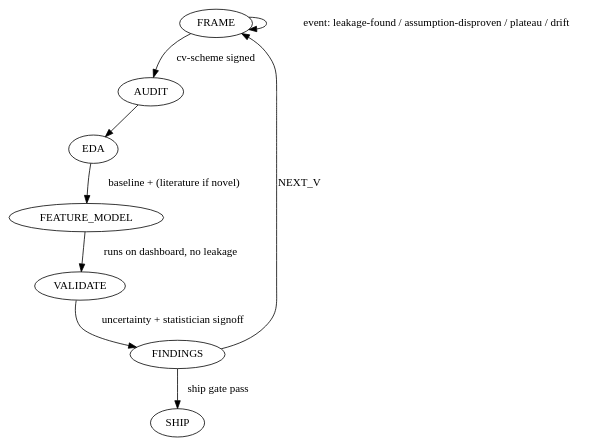
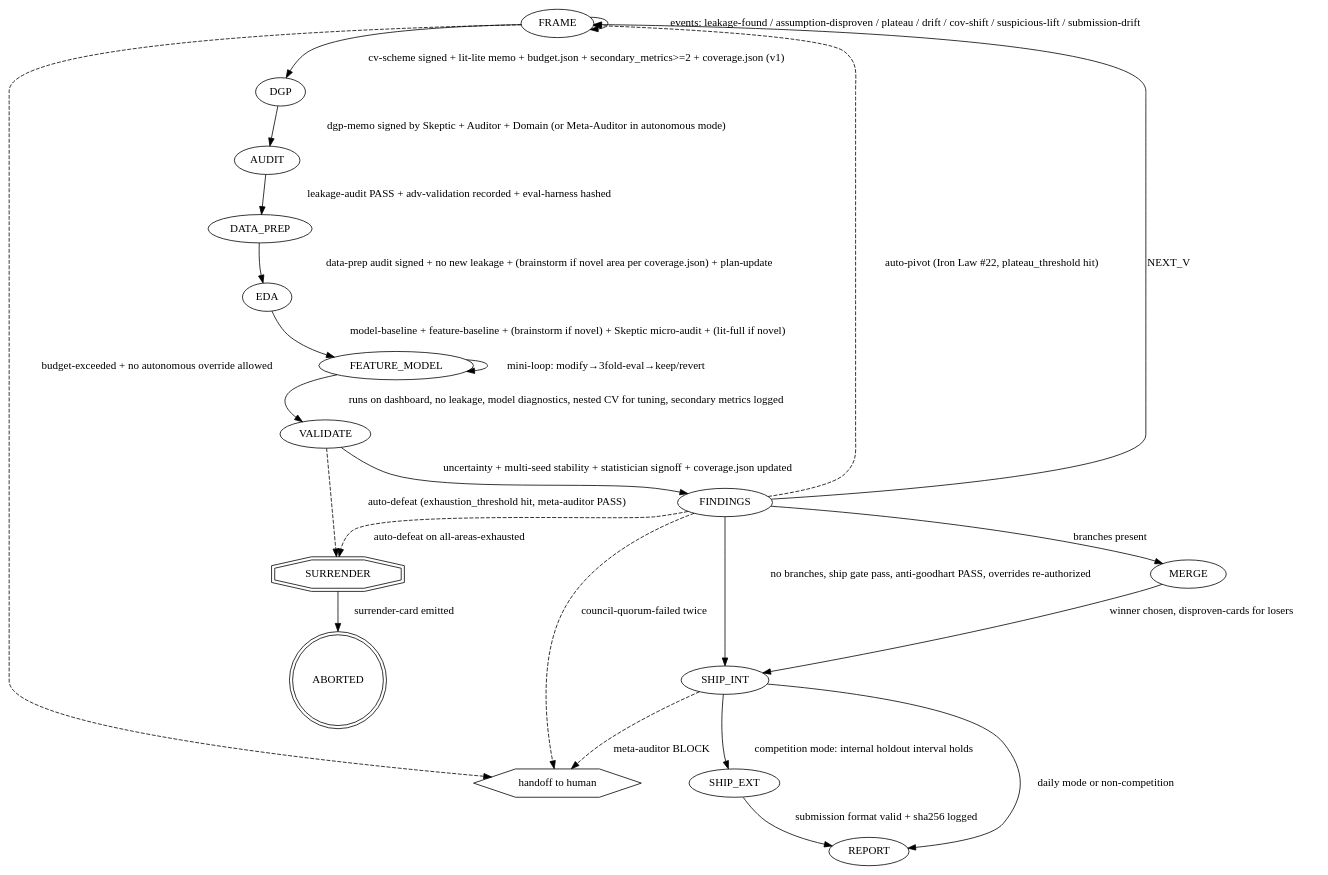
Before and after one commit to Zehaoyu217/DS-SKILL: the diagram in loop-state-machine.md, drawn with Graphviz. The commit also changed other lines of this file and 93 other files, not shown here.

````diff
--- a/loop-state-machine.md
+++ b/loop-state-machine.md
@@ -47,12 +104,35 @@
 ```dot
 digraph loop {
-  FRAME -> AUDIT [label="cv-scheme signed"];
-  AUDIT -> EDA;
-  EDA -> FEATURE_MODEL [label="baseline + (literature if novel)"];
-  FEATURE_MODEL -> VALIDATE [label="runs on dashboard, no leakage"];
-  VALIDATE -> FINDINGS [label="uncertainty + statistician signoff"];
-  FINDINGS -> SHIP [label="ship gate pass"];
+  FRAME -> DGP [label="cv-scheme signed + lit-lite memo + budget.json + secondary_metrics>=2 + coverage.json (v1)"];
+  DGP -> AUDIT [label="dgp-memo signed by Skeptic + Auditor + Domain (or Meta-Auditor in autonomous mode)"];
+  AUDIT -> DATA_PREP [label="leakage-audit PASS + adv-validation recorded + eval-harness hashed"];
+  DATA_PREP -> EDA [label="data-prep audit signed + no new leakage + (brainstorm if novel area per coverage.json) + plan-update"];
+  EDA -> FEATURE_MODEL [label="model-baseline + feature-baseline + (brainstorm if novel) + Skeptic micro-audit + (lit-full if novel)"];
+  FEATURE_MODEL -> FEATURE_MODEL [label="mini-loop: modify→3fold-eval→keep/revert"];
+  FEATURE_MODEL -> VALIDATE [label="runs on dashboard, no leakage, model diagnostics, nested CV for tuning, secondary metrics logged"];
+  VALIDATE -> FINDINGS [label="uncertainty + multi-seed stability + statistician signoff + coverage.json updated"];
+  FINDINGS -> MERGE [label="branches present"];
+  FINDINGS -> SHIP_INT [label="no branches, ship gate pass, anti-goodhart PASS, overrides re-authorized"];
+  MERGE -> SHIP_INT [label="winner chosen, disproven-cards for losers"];
+  SHIP_INT -> SHIP_EXT [label="competition mode: internal holdout interval holds"];
+  SHIP_INT -> REPORT [label="daily mode or non-competition"];
+  SHIP_EXT -> REPORT [label="submission format valid + sha256 logged"];
   FINDINGS -> FRAME [label="NEXT_V"];
-  FRAME -> FRAME [label="event: leakage-found / assumption-disproven / plateau / drift"];
+  FRAME -> FRAME [label="events: leakage-found / assumption-disproven / plateau / drift / cov-shift / suspicious-lift / submission-drift"];
+
+  // Autonomous mode transitions
+  FINDINGS -> FRAME [label="auto-pivot (Iron Law #22, plateau_threshold hit)", style=dashed];
+  VALIDATE -> SURRENDER [label="auto-defeat (exhaustion_threshold hit, meta-auditor PASS)", style=dashed];
+  FINDINGS -> SURRENDER [label="auto-defeat on all-areas-exhausted", style=dashed];
+  SURRENDER -> ABORTED [label="surrender-card emitted"];
+
+  // Budget / override / council events
+  FRAME -> HUMAN [label="budget-exceeded + no autonomous override allowed", style=dashed];
+  FINDINGS -> HUMAN [label="council-quorum-failed twice", style=dashed];
+  SHIP_INT -> HUMAN [label="meta-auditor BLOCK", style=dashed];
+
+  SURRENDER [shape=doubleoctagon];
+  ABORTED [shape=doublecircle];
+  HUMAN [shape=hexagon, label="handoff to human"];
 }
 ```
````
